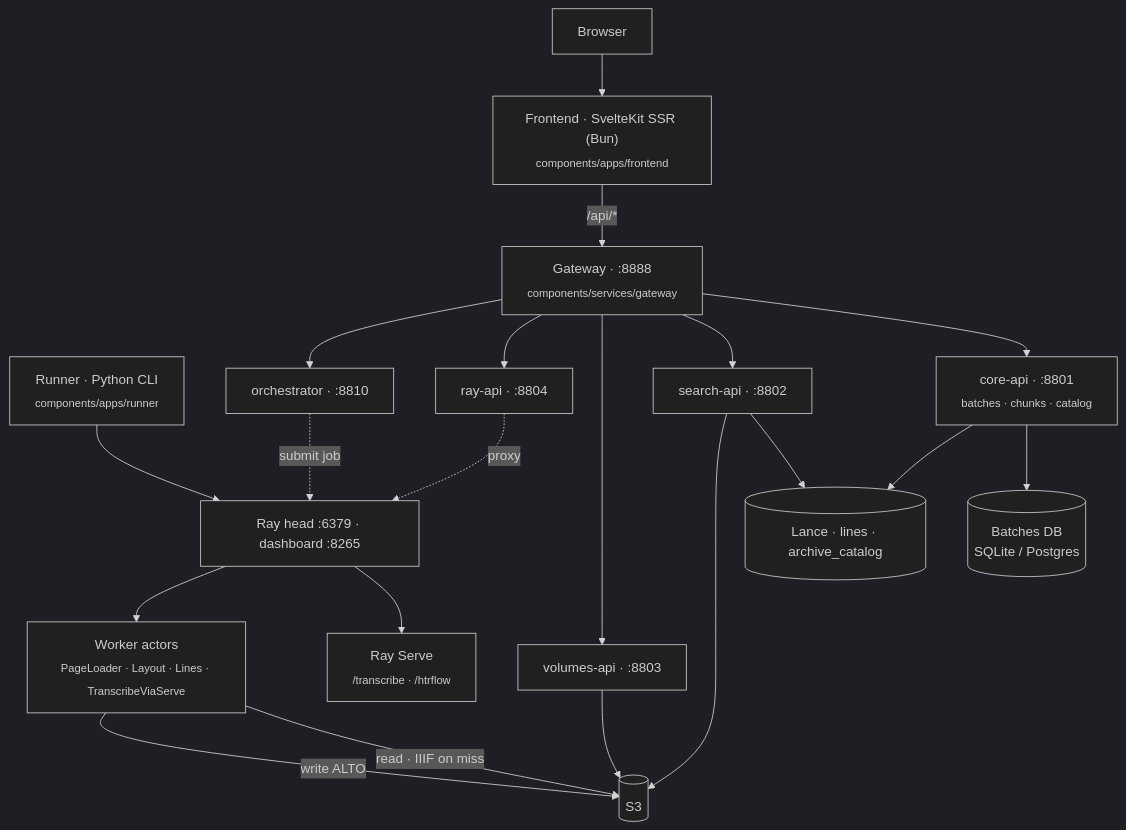
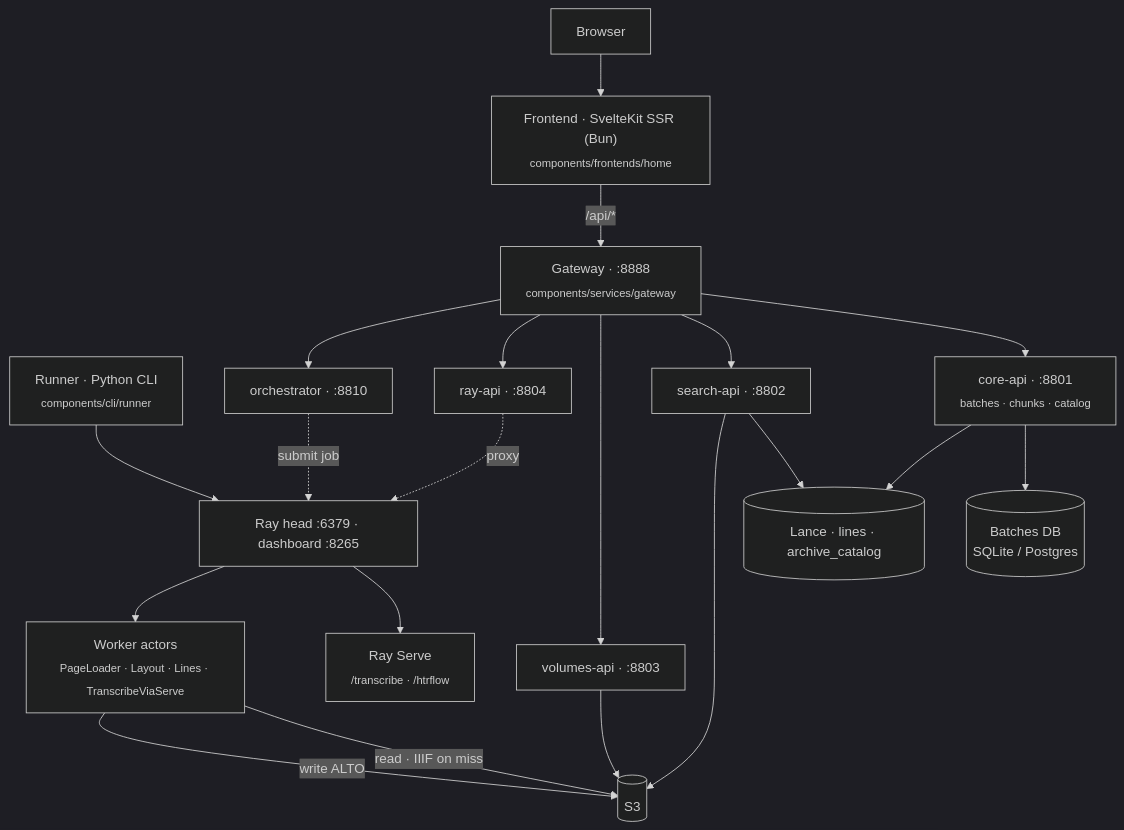
Before and after one commit to AI-Riksarkivet/rask: the diagram in docs/architecture/index.md, drawn with Mermaid (dark theme). The commit also changed 204 other files, not shown here.

````diff
--- a/docs/architecture/index.md
+++ b/docs/architecture/index.md
@@ -27,22 +27,22 @@
 ```mermaid
 flowchart TB
-    browser["Browser"] --> spa["Frontend · SvelteKit SSR (Bun)<br/><sub>components/apps/frontend</sub>"]
+    browser["Browser"] --> spa["Frontend · SvelteKit SSR (Bun)<br/><sub>components/frontends/home</sub>"]
     spa -->|"/api/*"| gw["Gateway · :8888<br/><sub>components/services/gateway</sub>"]
-    cli["Runner · Python CLI<br/><sub>components/apps/runner</sub>"] --> head
+    cli["Runner · Python CLI<br/><sub>components/cli/runner</sub>"] --> head
     gw --> core["core-api · :8801<br/><sub>batches · chunks · catalog</sub>"]
     gw --> search["search-api · :8802"]
     gw --> volumes["volumes-api · :8803"]
     gw --> rayapi["ray-api · :8804"]
     gw --> orch["orchestrator · :8810"]
     core --> db[("Batches DB<br/>SQLite / Postgres")]
     core --> lance[("Lance · lines · archive_catalog")]
     search --> lance
     search --> s3[("S3")]
     volumes --> s3
     rayapi -.->|proxy| head["Ray head :6379 · dashboard :8265"]
     orch -.->|submit job| head
     head --> serve["Ray Serve<br/><sub>/transcribe · /htrflow</sub>"]
     head --> workers["Worker actors<br/><sub>PageLoader · Layout · Lines · TranscribeViaServe</sub>"]
     workers -->|read · IIIF on miss| s3
     workers -->|write ALTO| s3
 ```
````
